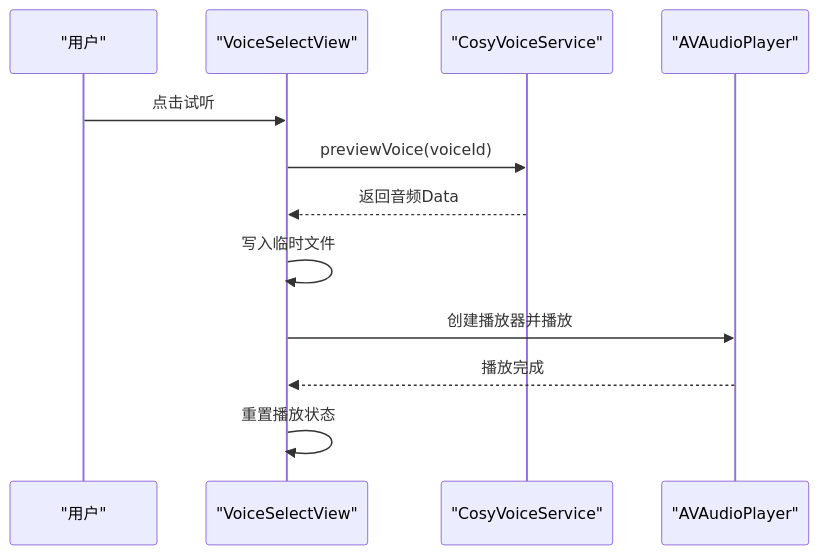
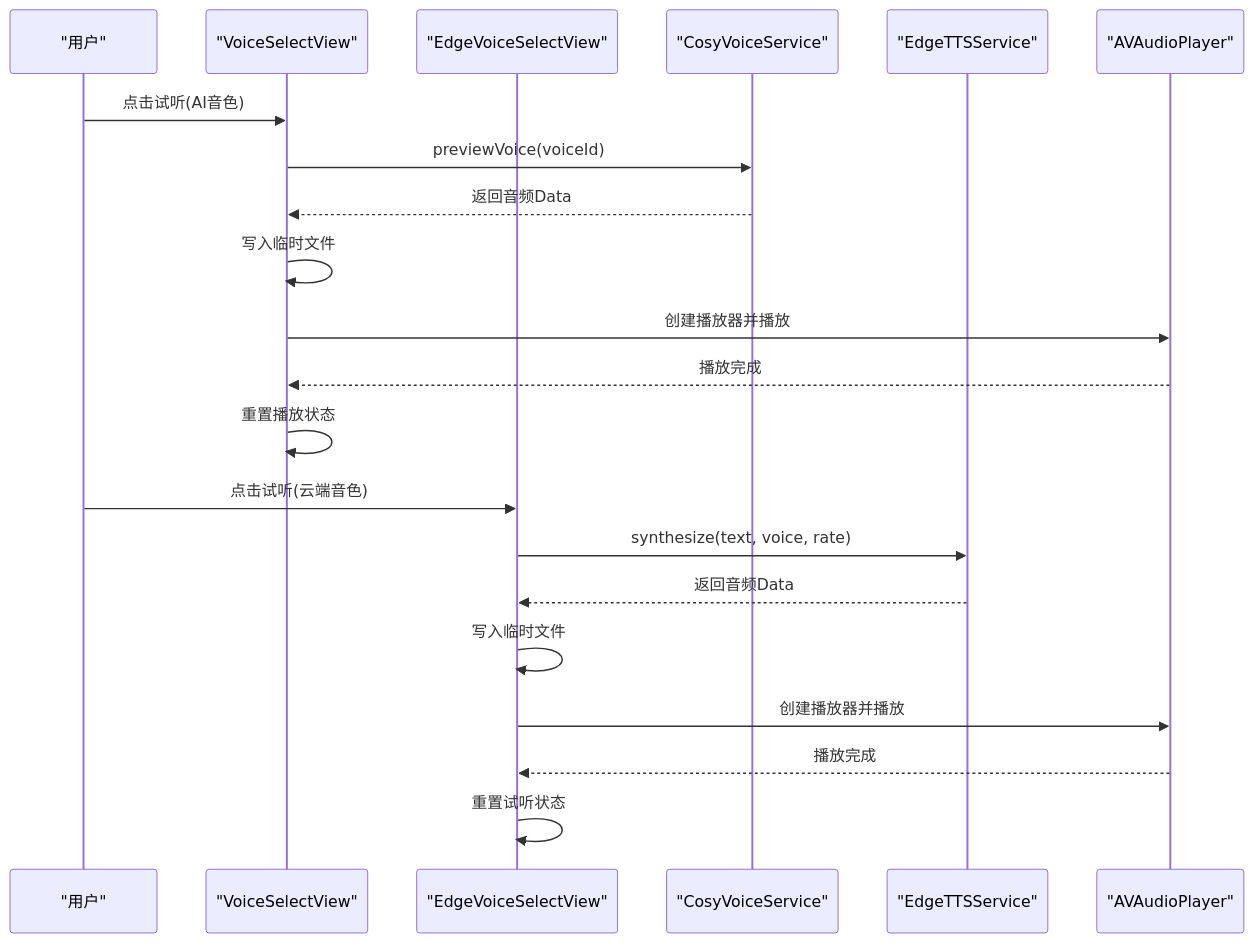
One commit to Primoguo/VoiceReader changed the tenth of 12 diagrams in .qoder/repowiki/zh/content/用户界面设计/设置界面/语音选择界面.md. Above: the diagram before and after it, drawn with Mermaid. The commit also changed other lines of this file and 29 other files, not shown here.

````diff
--- a/.qoder/repowiki/zh/content/用户界面设计/设置界面/语音选择界面.md
+++ b/.qoder/repowiki/zh/content/用户界面设计/设置界面/语音选择界面.md
@@ -436,14 +538,23 @@
 ```mermaid
 sequenceDiagram
 participant U as "用户"
 participant V as "VoiceSelectView"
+participant EV as "EdgeVoiceSelectView"
 participant S as "CosyVoiceService"
+participant ES as "EdgeTTSService"
 participant A as "AVAudioPlayer"
-U->>V : 点击试听
+U->>V : 点击试听(AI音色)
 V->>S : previewVoice(voiceId)
 S-->>V : 返回音频Data
 V->>V : 写入临时文件
 V->>A : 创建播放器并播放
 A-->>V : 播放完成
 V->>V : 重置播放状态
+U->>EV : 点击试听(云端音色)
+EV->>ES : synthesize(text, voice, rate)
+ES-->>EV : 返回音频Data
+EV->>EV : 写入临时文件
+EV->>A : 创建播放器并播放
+A-->>EV : 播放完成
+EV->>EV : 重置试听状态
 ```
````
